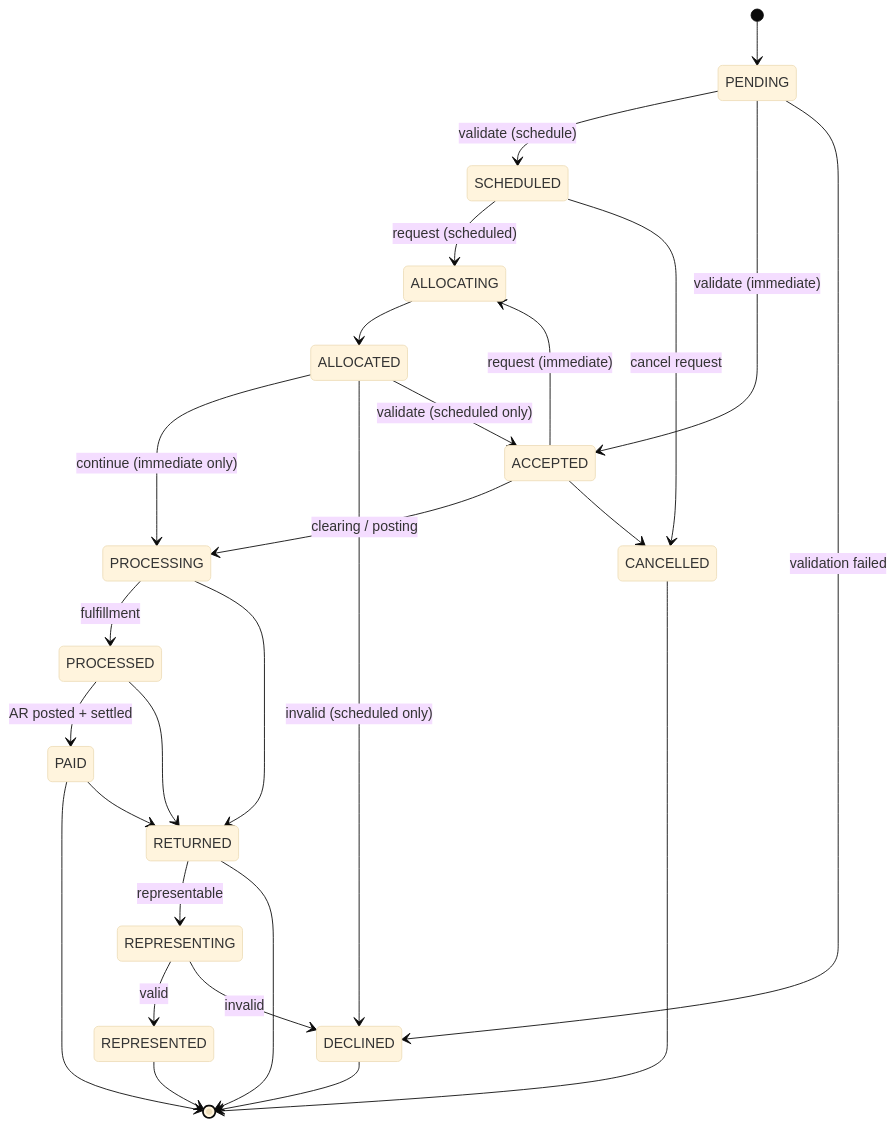
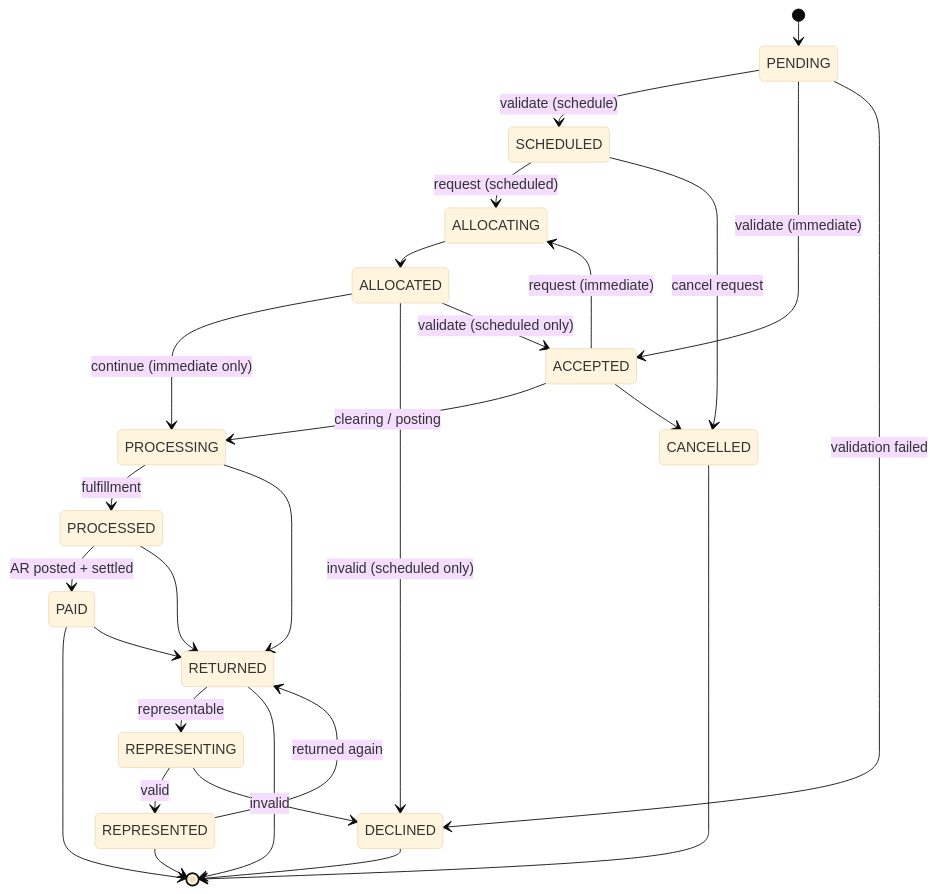
The second of 2 diagrams in website/docs/design/payment-state-model.md (arunav-bhattacharya/billpay-book), drawn with Mermaid (base theme) before and after one commit. The commit also changed other lines of this file and 1 other file, not shown here.

Commit message:
Let a represented payment be returned again, and shorten the diagrams
Both lifecycle diagrams gain REPRESENTED -> RETURNED, so a representment
that does not settle goes back the way it came.

They also set rankSpacing in their own front matter, which takes about a
fifth off the height without moving a node sideways, so every arrow keeps
its route. The state.rankSpacing in the site config was doing nothing:
Mermaid 11 lays state diagrams out through the shared dagre path, which
reads rank separation from the top-level config and never falls through
to that block. Removed, with a note.

````diff
--- a/website/docs/design/payment-state-model.md
+++ b/website/docs/design/payment-state-model.md
@@ -53,30 +58,35 @@
 ```mermaid
+---
+config:
+  rankSpacing: 28
+---
 stateDiagram-v2
   direction TB
   [*] --> PENDING
   PENDING --> SCHEDULED: validate (schedule)
   PENDING --> ACCEPTED: validate (immediate)
   SCHEDULED --> ALLOCATING: request (scheduled)
   ACCEPTED --> ALLOCATING: request (immediate)
   ALLOCATING --> ALLOCATED
   ALLOCATED --> PROCESSING: continue (immediate only)
   ALLOCATED --> DECLINED: invalid (scheduled only)
   ALLOCATED --> ACCEPTED: validate (scheduled only)
   ACCEPTED --> PROCESSING: clearing / posting
   PROCESSING --> PROCESSED: fulfillment
   PROCESSED --> PAID: AR posted + settled
   PROCESSING --> RETURNED
   PROCESSED --> RETURNED
   PAID --> [*]  
   PAID --> RETURNED
   RETURNED --> REPRESENTING: representable
   REPRESENTING --> REPRESENTED: valid
   REPRESENTING --> DECLINED: invalid
+  REPRESENTED --> RETURNED: returned again
   PENDING --> DECLINED: validation failed
   SCHEDULED --> CANCELLED: cancel request
   ACCEPTED --> CANCELLED
   RETURNED --> [*]
   REPRESENTED --> [*]
   DECLINED --> [*]
   CANCELLED --> [*]
 ```
````
